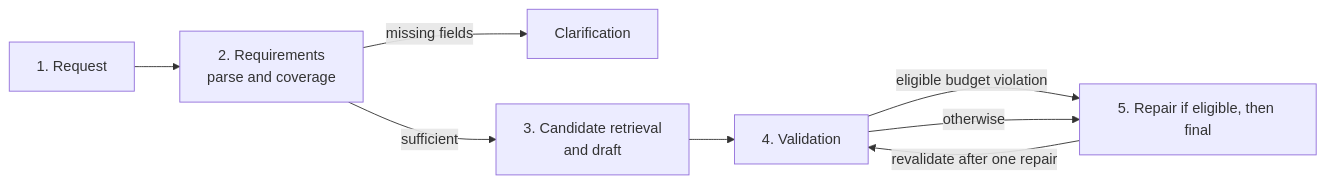
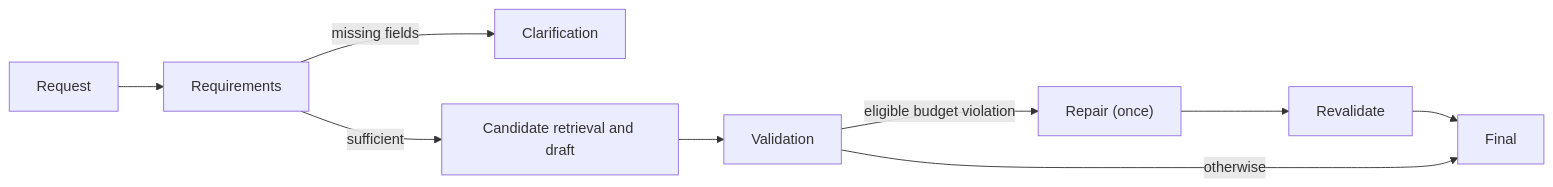
Before and after one commit to yudelieyang/travel-agent-kmp: the second of 2 diagrams in README.md, drawn with Mermaid. The commit also changed other lines of this file and 5 other files, not shown here.

````diff
--- a/README.md
+++ b/README.md
@@ -36,10 +36,11 @@
 ```mermaid
 flowchart LR
-    A["1. Request"] --> B["2. Requirements\nparse and coverage"]
+    A["Request"] --> B["Requirements"]
     B -->|"missing fields"| C["Clarification"]
-    B -->|"sufficient"| D["3. Candidate retrieval\nand draft"]
-    D --> E["4. Validation"]
-    E -->|"eligible budget violation"| F["5. Repair if eligible, then final"]
-    F -->|"revalidate after one repair"| E
-    E -->|"otherwise"| F
+    B -->|"sufficient"| D["Candidate retrieval and draft"]
+    D --> E["Validation"]
+    E -->|"eligible budget violation"| F["Repair (once)"]
+    F --> G["Revalidate"]
+    G --> H["Final"]
+    E -->|"otherwise"| H
 ```
````
